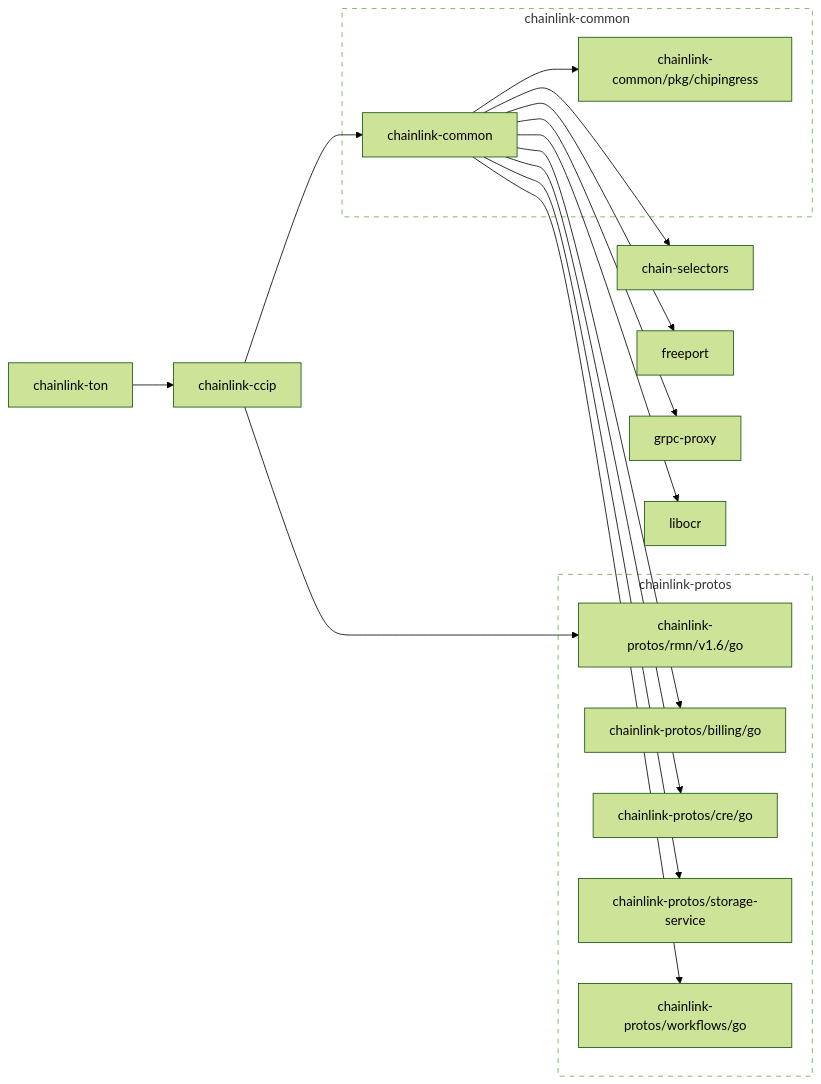
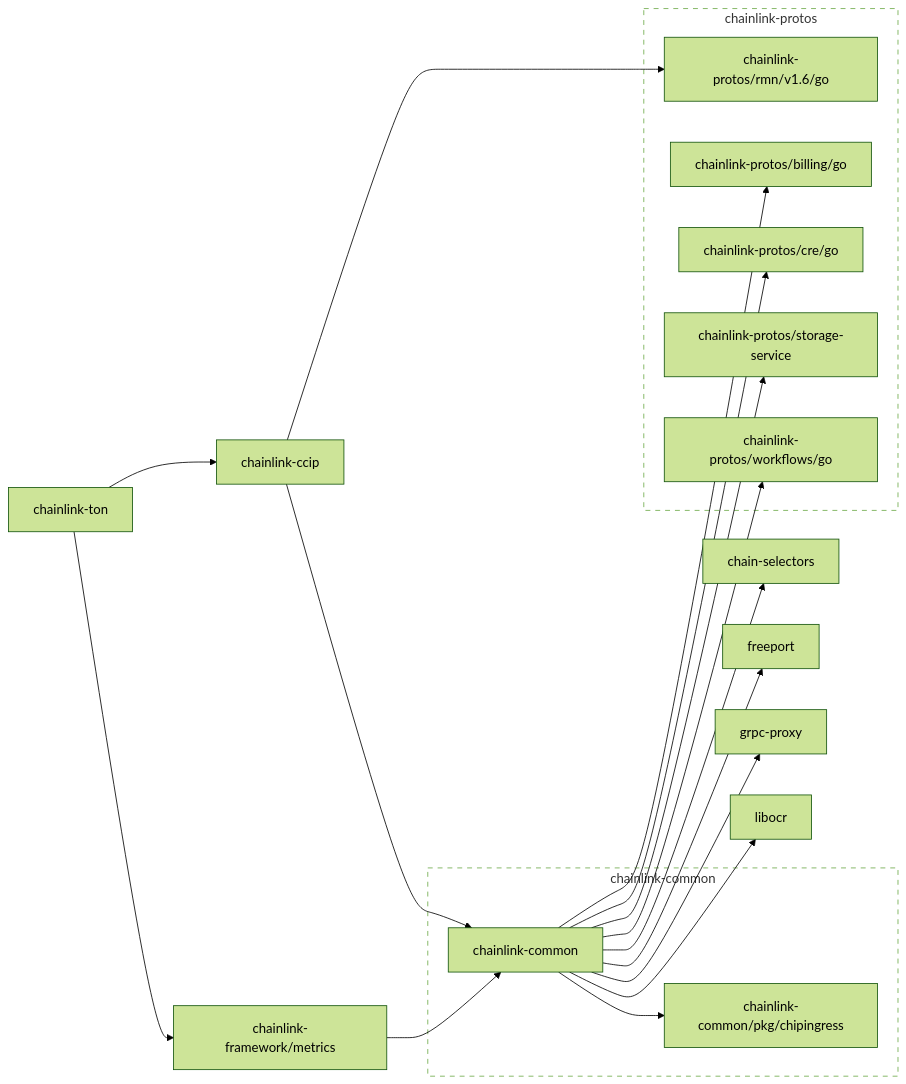
Before and after one commit to fork-the-planet/smartcontractkit___chainlink-ton: the first of 2 diagrams in go.md, drawn with Mermaid (forest theme). The commit also changed other lines of this file and 21 other files, not shown here.

````diff
--- a/go.md
+++ b/go.md
@@ -3,57 +3,60 @@
 ```mermaid
 flowchart LR
 
 	chain-selectors
 	click chain-selectors href "https://github.com/smartcontractkit/chain-selectors"
 	chainlink-ccip --> chainlink-common
 	chainlink-ccip --> chainlink-protos/rmn/v1.6/go
 	click chainlink-ccip href "https://github.com/smartcontractkit/chainlink-ccip"
 	chainlink-common --> chain-selectors
 	chainlink-common --> chainlink-common/pkg/chipingress
 	chainlink-common --> chainlink-protos/billing/go
 	chainlink-common --> chainlink-protos/cre/go
 	chainlink-common --> chainlink-protos/storage-service
 	chainlink-common --> chainlink-protos/workflows/go
 	chainlink-common --> freeport
 	chainlink-common --> grpc-proxy
 	chainlink-common --> libocr
 	click chainlink-common href "https://github.com/smartcontractkit/chainlink-common"
 	chainlink-common/pkg/chipingress
 	click chainlink-common/pkg/chipingress href "https://github.com/smartcontractkit/chainlink-common"
+	chainlink-framework/metrics --> chainlink-common
+	click chainlink-framework/metrics href "https://github.com/smartcontractkit/chainlink-framework"
 	chainlink-protos/billing/go
 	click chainlink-protos/billing/go href "https://github.com/smartcontractkit/chainlink-protos"
 	chainlink-protos/cre/go
 	click chainlink-protos/cre/go href "https://github.com/smartcontractkit/chainlink-protos"
 	chainlink-protos/rmn/v1.6/go
 	click chainlink-protos/rmn/v1.6/go href "https://github.com/smartcontractkit/chainlink-protos"
 	chainlink-protos/storage-service
 	click chainlink-protos/storage-service href "https://github.com/smartcontractkit/chainlink-protos"
 	chainlink-protos/workflows/go
 	click chainlink-protos/workflows/go href "https://github.com/smartcontractkit/chainlink-protos"
 	chainlink-ton --> chainlink-ccip
+	chainlink-ton --> chainlink-framework/metrics
 	click chainlink-ton href "https://github.com/smartcontractkit/chainlink-ton"
 	freeport
 	click freeport href "https://github.com/smartcontractkit/freeport"
 	grpc-proxy
 	click grpc-proxy href "https://github.com/smartcontractkit/grpc-proxy"
 	libocr
 	click libocr href "https://github.com/smartcontractkit/libocr"
 
 	subgraph chainlink-common-repo[chainlink-common]
 		 chainlink-common
 		 chainlink-common/pkg/chipingress
 	end
 	click chainlink-common-repo href "https://github.com/smartcontractkit/chainlink-common"
 
 	subgraph chainlink-protos-repo[chainlink-protos]
 		 chainlink-protos/billing/go
 		 chainlink-protos/cre/go
 		 chainlink-protos/rmn/v1.6/go
 		 chainlink-protos/storage-service
 		 chainlink-protos/workflows/go
 	end
 	click chainlink-protos-repo href "https://github.com/smartcontractkit/chainlink-protos"
 
 	classDef outline stroke-dasharray:6,fill:none;
 	class chainlink-common-repo,chainlink-protos-repo outline
 ```
````
